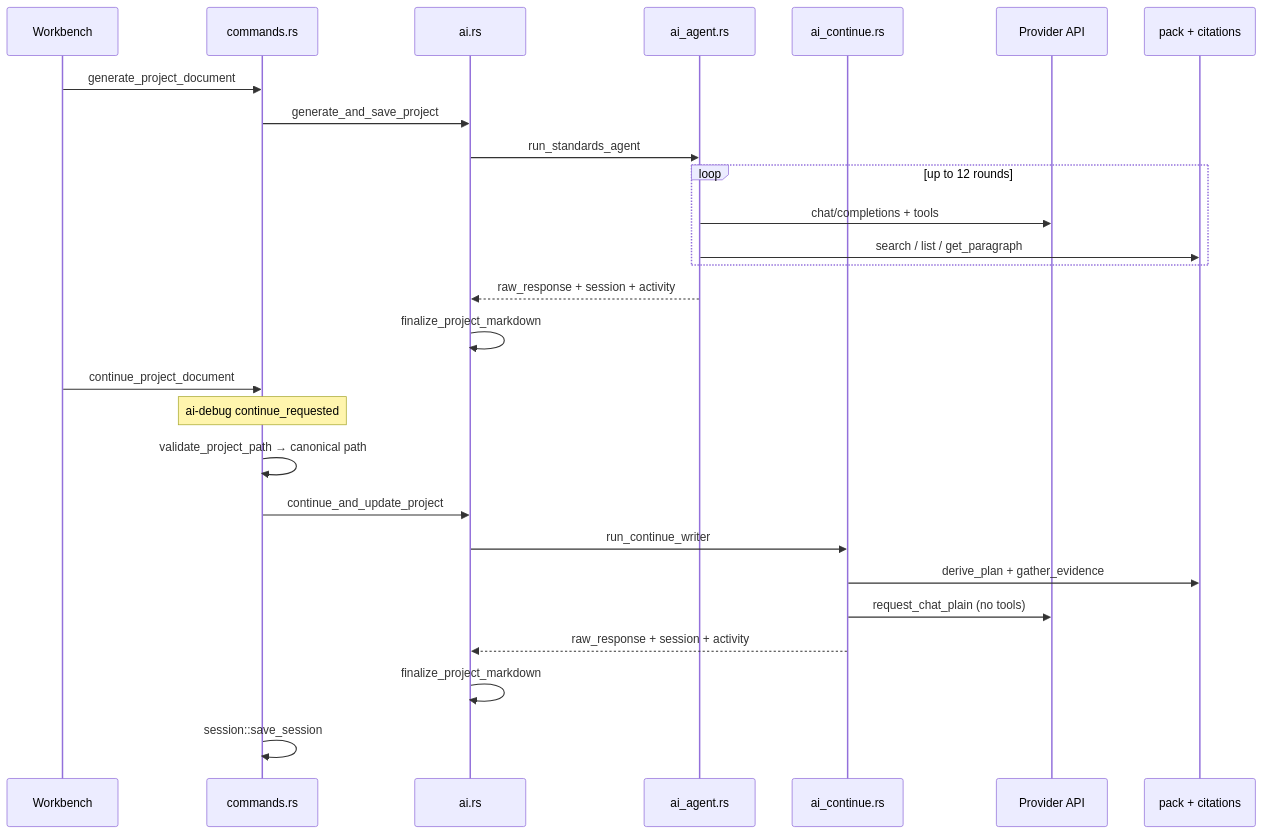
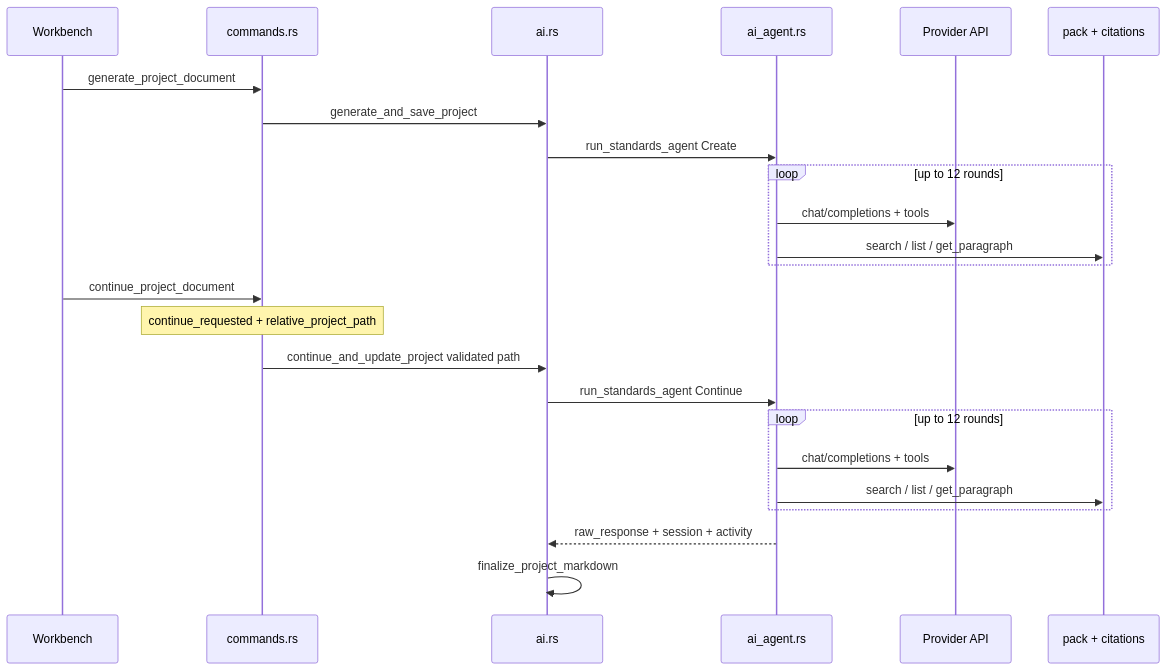
Before and after one commit to MoonMaxTea/Accounting-Copilot: the fourth of 4 diagrams in docs/ARCHITECTURE.md, drawn with Mermaid. The commit also changed other lines of this file and 10 other files, not shown here.

First line of the commit message:
Restore Agent Continue; fix Windows path root cause only

````diff
--- a/docs/ARCHITECTURE.md
+++ b/docs/ARCHITECTURE.md
@@ -147,31 +145,28 @@
 ```mermaid
 sequenceDiagram
   participant UI as Workbench
   participant CMD as commands.rs
   participant AI as ai.rs
   participant AG as ai_agent.rs
-  participant CW as ai_continue.rs
   participant LLM as Provider API
   participant Pack as pack + citations
 
   UI->>CMD: generate_project_document
   CMD->>AI: generate_and_save_project
-  AI->>AG: run_standards_agent
+  AI->>AG: run_standards_agent Create
+  loop up to 12 rounds
+    AG->>LLM: chat/completions + tools
+    AG->>Pack: search / list / get_paragraph
+  end
+
+  UI->>CMD: continue_project_document
+  Note over CMD: continue_requested + relative_project_path
+  CMD->>AI: continue_and_update_project validated path
+  AI->>AG: run_standards_agent Continue
   loop up to 12 rounds
     AG->>LLM: chat/completions + tools
     AG->>Pack: search / list / get_paragraph
   end
   AG-->>AI: raw_response + session + activity
   AI->>AI: finalize_project_markdown
-
-  UI->>CMD: continue_project_document
-  Note over CMD: ai-debug continue_requested
-  CMD->>CMD: validate_project_path → canonical path
-  CMD->>AI: continue_and_update_project
-  AI->>CW: run_continue_writer
-  CW->>Pack: derive_plan + gather_evidence
-  CW->>LLM: request_chat_plain (no tools)
-  CW-->>AI: raw_response + session + activity
-  AI->>AI: finalize_project_markdown
-  CMD->>CMD: session::save_session
 ```
````
